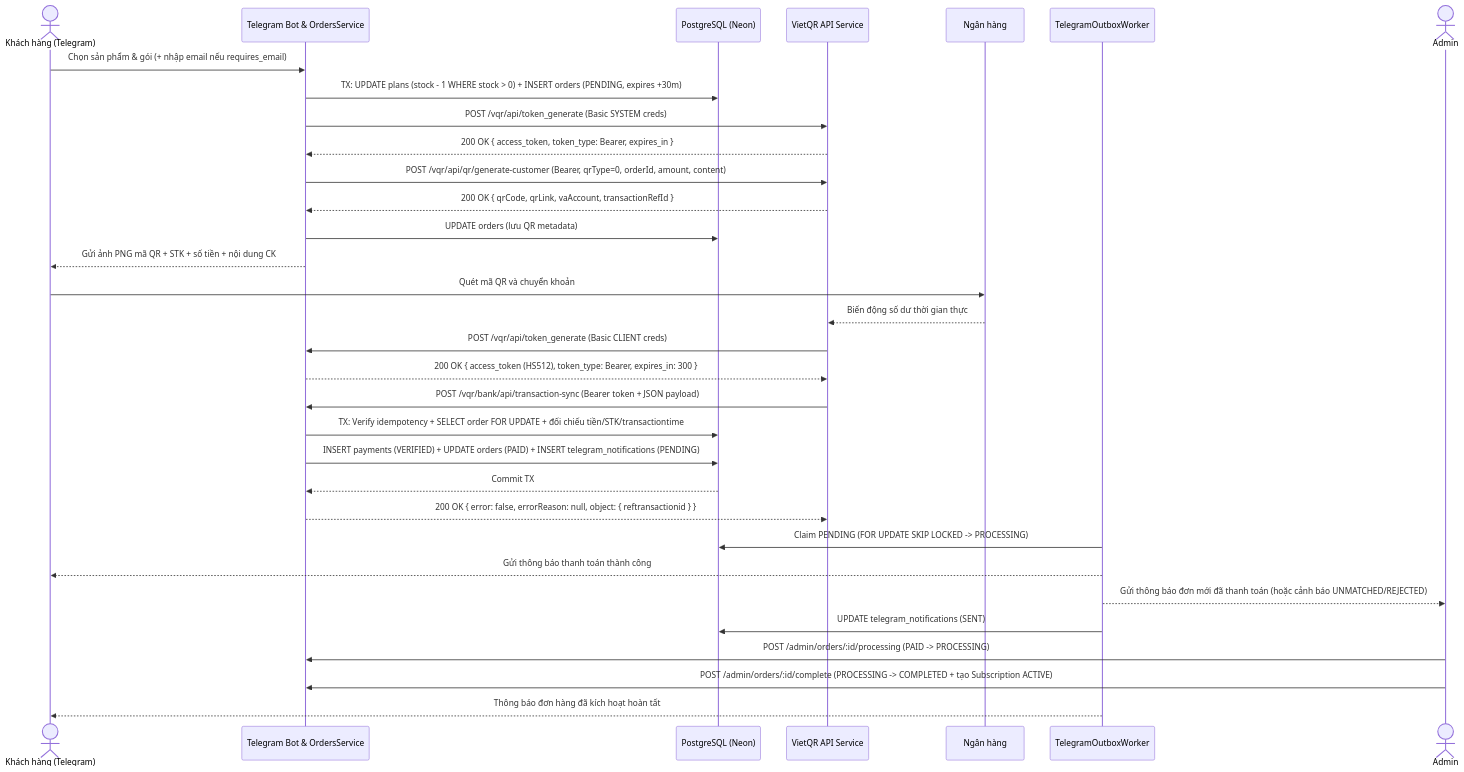
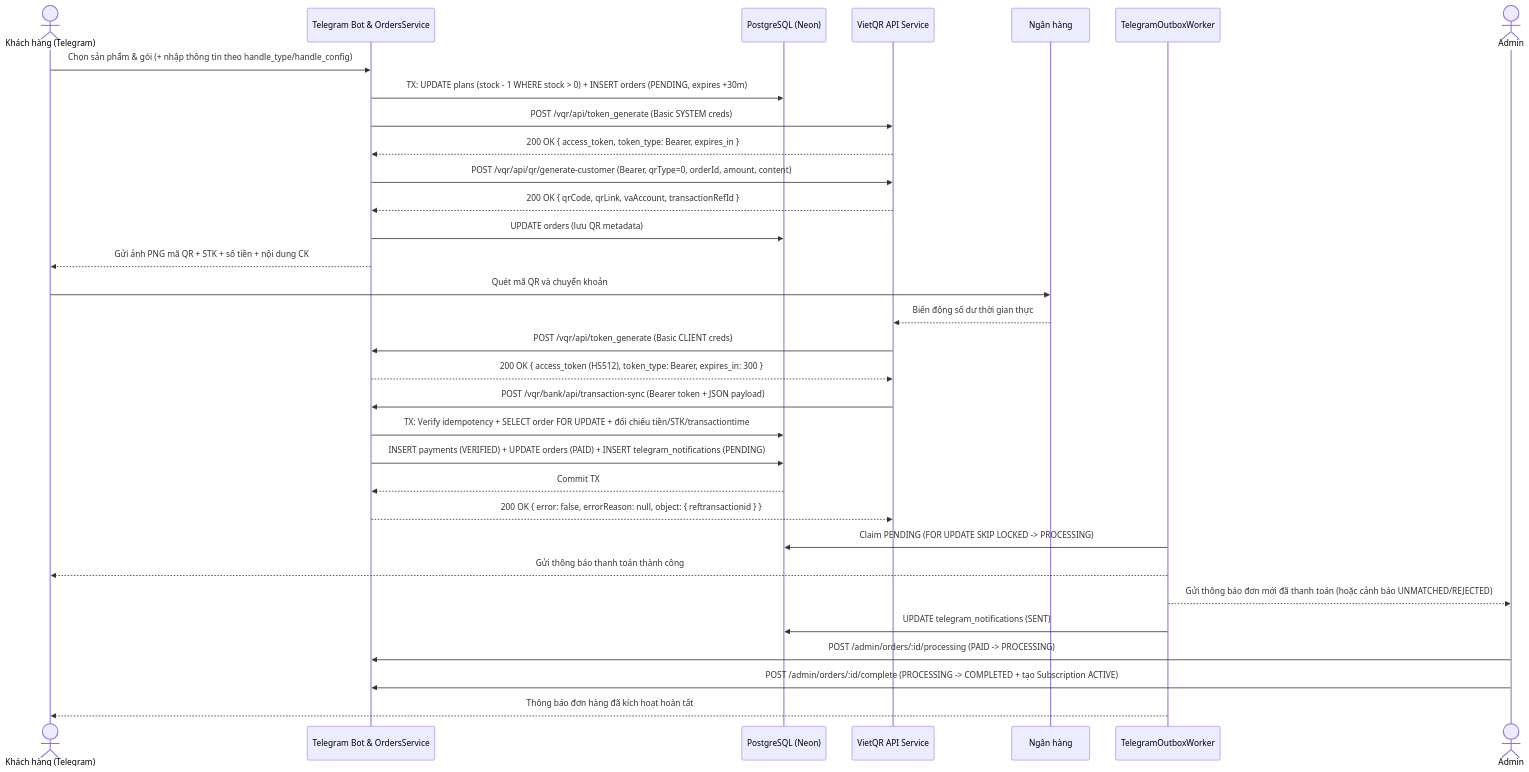
One commit to quanghung-dev/GeminiService_bot changed the diagram in docs/VIETQR_INTEGRATION.md. Above: the diagram before and after it, drawn with Mermaid. The commit also changed other lines of this file and 25 other files, not shown here.

````diff
--- a/docs/VIETQR_INTEGRATION.md
+++ b/docs/VIETQR_INTEGRATION.md
@@ -29,38 +29,38 @@
 ```mermaid
 sequenceDiagram
     actor User as Khách hàng (Telegram)
     participant Bot as Telegram Bot & OrdersService
     participant DB as PostgreSQL (Neon)
     participant VQR as VietQR API Service
     participant Bank as Ngân hàng
     participant Outbox as TelegramOutboxWorker
     actor Admin as Admin
 
-    User->>Bot: Chọn sản phẩm & gói (+ nhập email nếu requires_email)
+    User->>Bot: Chọn sản phẩm & gói (+ nhập thông tin theo handle_type/handle_config)
     Bot->>DB: TX: UPDATE plans (stock - 1 WHERE stock > 0) + INSERT orders (PENDING, expires +30m)
     Bot->>VQR: POST /vqr/api/token_generate (Basic SYSTEM creds)
     VQR-->>Bot: 200 OK { access_token, token_type: Bearer, expires_in }
     Bot->>VQR: POST /vqr/api/qr/generate-customer (Bearer, qrType=0, orderId, amount, content)
     VQR-->>Bot: 200 OK { qrCode, qrLink, vaAccount, transactionRefId }
     Bot->>DB: UPDATE orders (lưu QR metadata)
     Bot-->>User: Gửi ảnh PNG mã QR + STK + số tiền + nội dung CK
 
     User->>Bank: Quét mã QR và chuyển khoản
     Bank-->>VQR: Biến động số dư thời gian thực
     VQR->>Bot: POST /vqr/api/token_generate (Basic CLIENT creds)
     Bot-->>VQR: 200 OK { access_token (HS512), token_type: Bearer, expires_in: 300 }
     VQR->>Bot: POST /vqr/bank/api/transaction-sync (Bearer token + JSON payload)
     Bot->>DB: TX: Verify idempotency + SELECT order FOR UPDATE + đối chiếu tiền/STK/transactiontime
     Bot->>DB: INSERT payments (VERIFIED) + UPDATE orders (PAID) + INSERT telegram_notifications (PENDING)
     DB-->>Bot: Commit TX
     Bot-->>VQR: 200 OK { error: false, errorReason: null, object: { reftransactionid } }
 
     Outbox->>DB: Claim PENDING (FOR UPDATE SKIP LOCKED -> PROCESSING)
     Outbox-->>User: Gửi thông báo thanh toán thành công
     Outbox-->>Admin: Gửi thông báo đơn mới đã thanh toán (hoặc cảnh báo UNMATCHED/REJECTED)
     Outbox->>DB: UPDATE telegram_notifications (SENT)
 
     Admin->>Bot: POST /admin/orders/:id/processing (PAID -> PROCESSING)
     Admin->>Bot: POST /admin/orders/:id/complete (PROCESSING -> COMPLETED + tạo Subscription ACTIVE)
     Outbox-->>User: Thông báo đơn hàng đã kích hoạt hoàn tất
 ```
````
